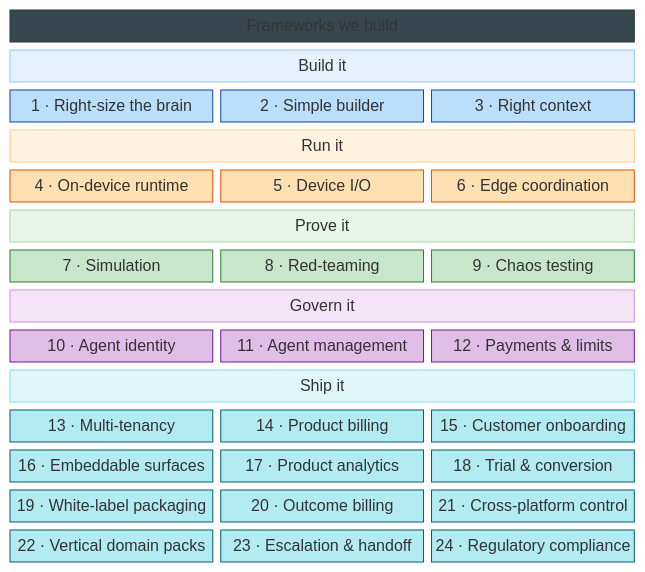
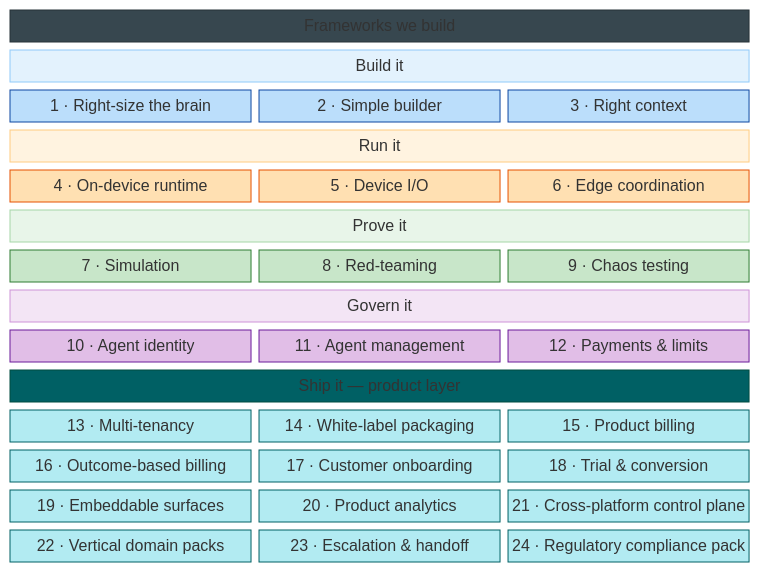
The fourth of 5 diagrams in docs-michael/agentic-stack-vertical.md (michaelatamuk/agentic-desk), drawn with Mermaid (forest theme) before and after one commit. The commit also changed other lines of this file, not shown here.

````diff
--- a/docs-michael/agentic-stack-vertical.md
+++ b/docs-michael/agentic-stack-vertical.md
@@ -130,64 +130,64 @@
 ```mermaid
 block-beta
   columns 3
   H1["Frameworks we build"]:3
   G1["Build it"]:3
   F1["1 · Right-size the brain"]:1
   F2["2 · Simple builder"]:1
   F3["3 · Right context"]:1
   G2["Run it"]:3
   F4["4 · On-device runtime"]:1
   F5["5 · Device I/O"]:1
   F6["6 · Edge coordination"]:1
   G3["Prove it"]:3
   F7["7 · Simulation"]:1
   F8["8 · Red-teaming"]:1
   F9["9 · Chaos testing"]:1
   G4["Govern it"]:3
   F10["10 · Agent identity"]:1
   F11["11 · Agent management"]:1
   F12["12 · Payments & limits"]:1
   style H1 fill:#37474f,color:#ffffff,stroke:#263238
   style G1 fill:#e3f2fd,color:#0d47a1,stroke:#90caf9
   style G2 fill:#fff3e0,color:#e65100,stroke:#ffcc80
   style G3 fill:#e8f5e9,color:#2e7d32,stroke:#a5d6a7
   style G4 fill:#f3e5f5,color:#6a1b9a,stroke:#ce93d8
   style F1 fill:#bbdefb,stroke:#0d47a1,color:#000000
   style F2 fill:#bbdefb,stroke:#0d47a1,color:#000000
   style F3 fill:#bbdefb,stroke:#0d47a1,color:#000000
   style F4 fill:#ffe0b2,stroke:#e65100,color:#000000
   style F5 fill:#ffe0b2,stroke:#e65100,color:#000000
   style F6 fill:#ffe0b2,stroke:#e65100,color:#000000
   style F7 fill:#c8e6c9,stroke:#2e7d32,color:#000000
   style F8 fill:#c8e6c9,stroke:#2e7d32,color:#000000
   style F9 fill:#c8e6c9,stroke:#2e7d32,color:#000000
   style F10 fill:#e1bee7,stroke:#6a1b9a,color:#000000
   style F11 fill:#e1bee7,stroke:#6a1b9a,color:#000000
   style F12 fill:#e1bee7,stroke:#6a1b9a,color:#000000
-  G5["Ship it"]:3
+  G5["Ship it — product layer"]:3
   F13["13 · Multi-tenancy"]:1
-  F14["14 · Product billing"]:1
-  F15["15 · Customer onboarding"]:1
-  F16["16 · Embeddable surfaces"]:1
-  F17["17 · Product analytics"]:1
+  F14["14 · White-label packaging"]:1
+  F15["15 · Product billing"]:1
+  F16["16 · Outcome-based billing"]:1
+  F17["17 · Customer onboarding"]:1
   F18["18 · Trial & conversion"]:1
-  F19["19 · White-label packaging"]:1
-  F20["20 · Outcome billing"]:1
-  F21["21 · Cross-platform control"]:1
+  F19["19 · Embeddable surfaces"]:1
+  F20["20 · Product analytics"]:1
+  F21["21 · Cross-platform control plane"]:1
   F22["22 · Vertical domain packs"]:1
   F23["23 · Escalation & handoff"]:1
-  F24["24 · Regulatory compliance"]:1
-  style G5 fill:#e0f7fa,color:#006064,stroke:#80deea
+  F24["24 · Regulatory compliance pack"]:1
+  style G5 fill:#006064,color:#ffffff,stroke:#004d40
   style F13 fill:#b2ebf2,stroke:#006064,color:#000000
   style F14 fill:#b2ebf2,stroke:#006064,color:#000000
   style F15 fill:#b2ebf2,stroke:#006064,color:#000000
   style F16 fill:#b2ebf2,stroke:#006064,color:#000000
   style F17 fill:#b2ebf2,stroke:#006064,color:#000000
   style F18 fill:#b2ebf2,stroke:#006064,color:#000000
   style F19 fill:#b2ebf2,stroke:#006064,color:#000000
   style F20 fill:#b2ebf2,stroke:#006064,color:#000000
   style F21 fill:#b2ebf2,stroke:#006064,color:#000000
   style F22 fill:#b2ebf2,stroke:#006064,color:#000000
   style F23 fill:#b2ebf2,stroke:#006064,color:#000000
   style F24 fill:#b2ebf2,stroke:#006064,color:#000000
 ```
````
